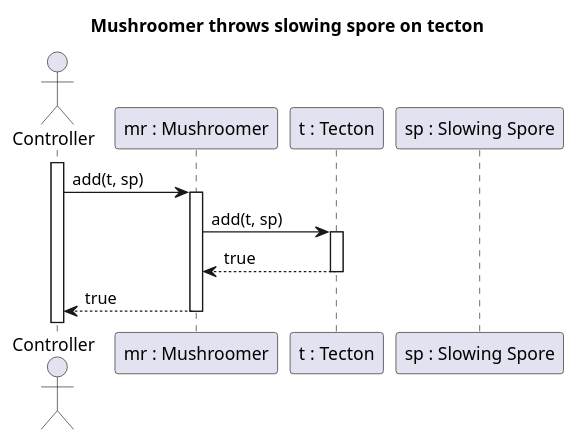
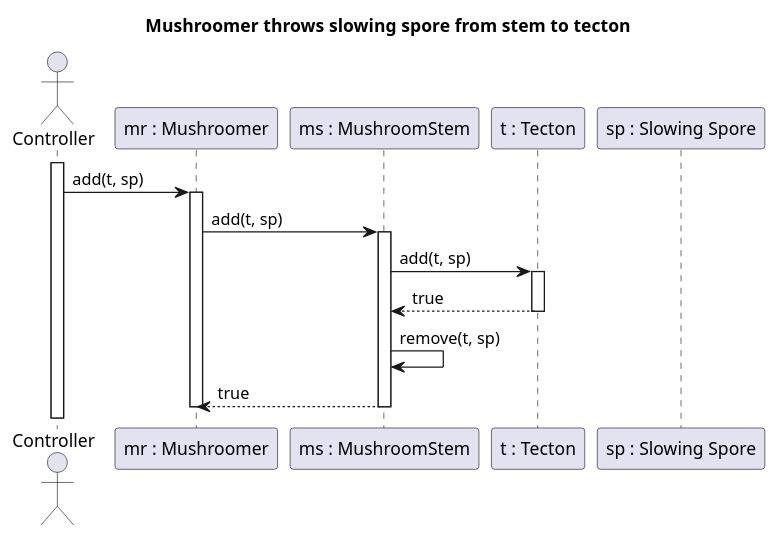
One commit to Petya-G/fungorium changed the diagram in 5/sequences/spore/throwsSlowingSpore.puml. Above: the diagram before and after it, drawn with PlantUML. The commit also changed 5 other files, not shown here.

Commit message:
spore sequence fix

```diff
--- a/5/sequences/spore/throwsSlowingSpore.puml
+++ b/5/sequences/spore/throwsSlowingSpore.puml
@@ -1,22 +1,28 @@
-@startuml Throws slowing spore
-
-title Mushroomer throws slowing spore on tecton
+@startuml MushroomerThrowsSlowingSporeFromStemToTecton
+title Mushroomer throws slowing spore from stem to tecton
 
 actor Controller
 participant "mr : Mushroomer" as MR
+participant "ms : MushroomStem" as MS
 participant "t : Tecton" as T
 participant "sp : Slowing Spore" as SP
 
 activate Controller
 Controller -> MR : add(t, sp)
 activate MR
 
-MR -> T : add(t, sp)
+MR -> MS : add(t, sp)
+activate MS
+
+MS -> T : add(t, sp)
 activate T
 
-MR <-- T : true
+MS <-- T : true
 deactivate T
 
-Controller <-- MR : true
+MS -> MS : remove(t, sp)
+MR <-- MS : true
+deactivate MS
+
 deactivate MR
 @enduml
```
